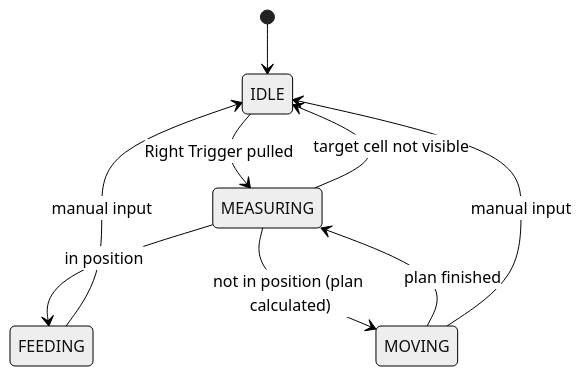
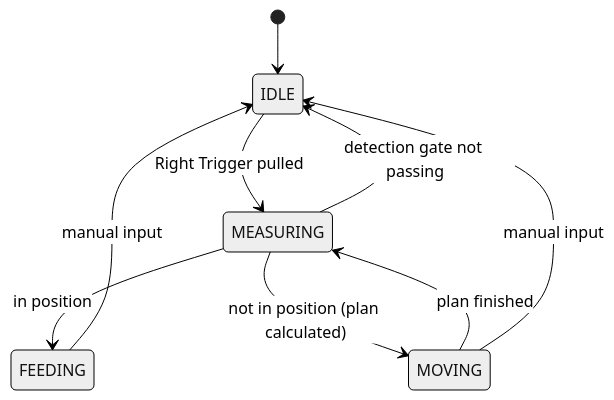
Before and after one commit to smbongio/IronEaglesFTC2026: the diagram in TELEOP_TECHNICAL_REQUIREMENTS.md, drawn with Mermaid (neutral theme). The commit also changed other lines of this file and 3 other files, not shown here.

Commit message:
Ride through webcam vibration dropouts with an X-of-Y AprilTag detection gate.

````diff
--- a/TELEOP_TECHNICAL_REQUIREMENTS.md
+++ b/TELEOP_TECHNICAL_REQUIREMENTS.md
@@ -229,11 +241,11 @@
 ```mermaid
 stateDiagram-v2
     [*] --> IDLE
     IDLE --> MEASURING: Right Trigger pulled
-    MEASURING --> IDLE: target cell not visible
+    MEASURING --> IDLE: detection gate not passing
     MEASURING --> FEEDING: in position
     MEASURING --> MOVING: not in position (plan calculated)
     MOVING --> MEASURING: plan finished
     FEEDING --> IDLE: manual input
     MOVING --> IDLE: manual input
 ```
````
